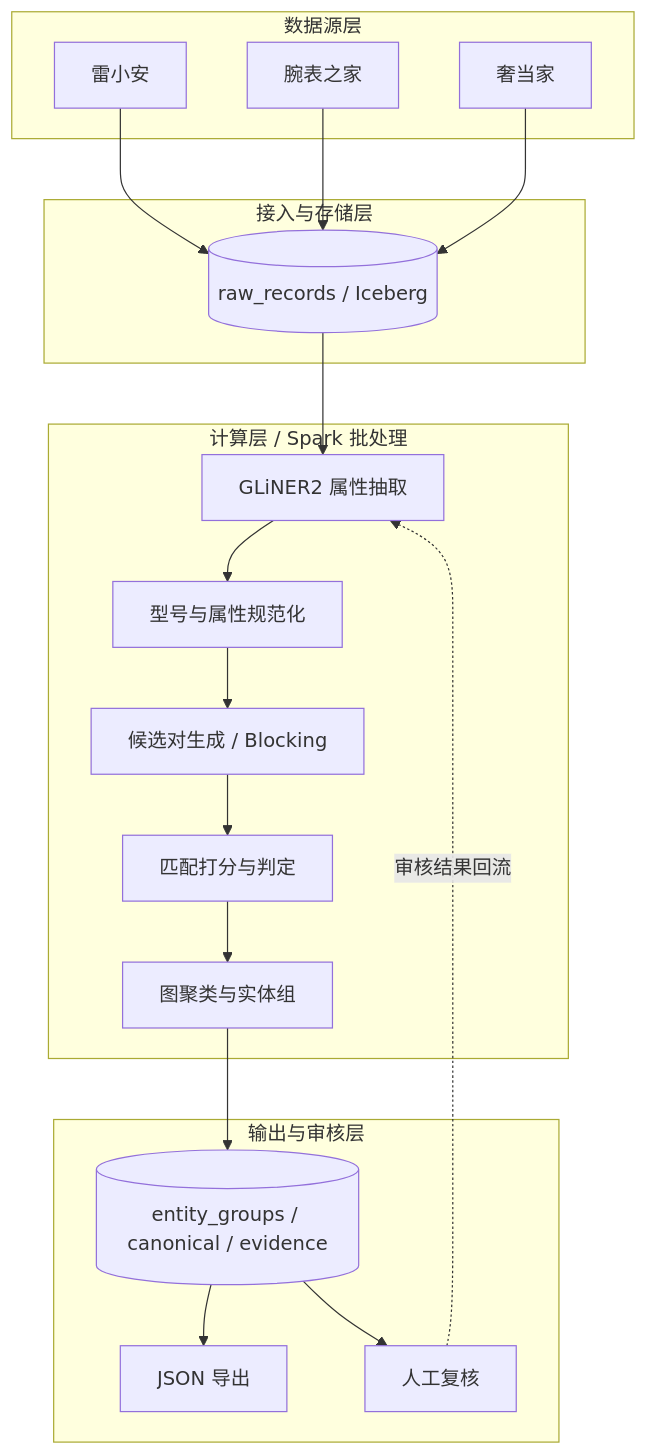
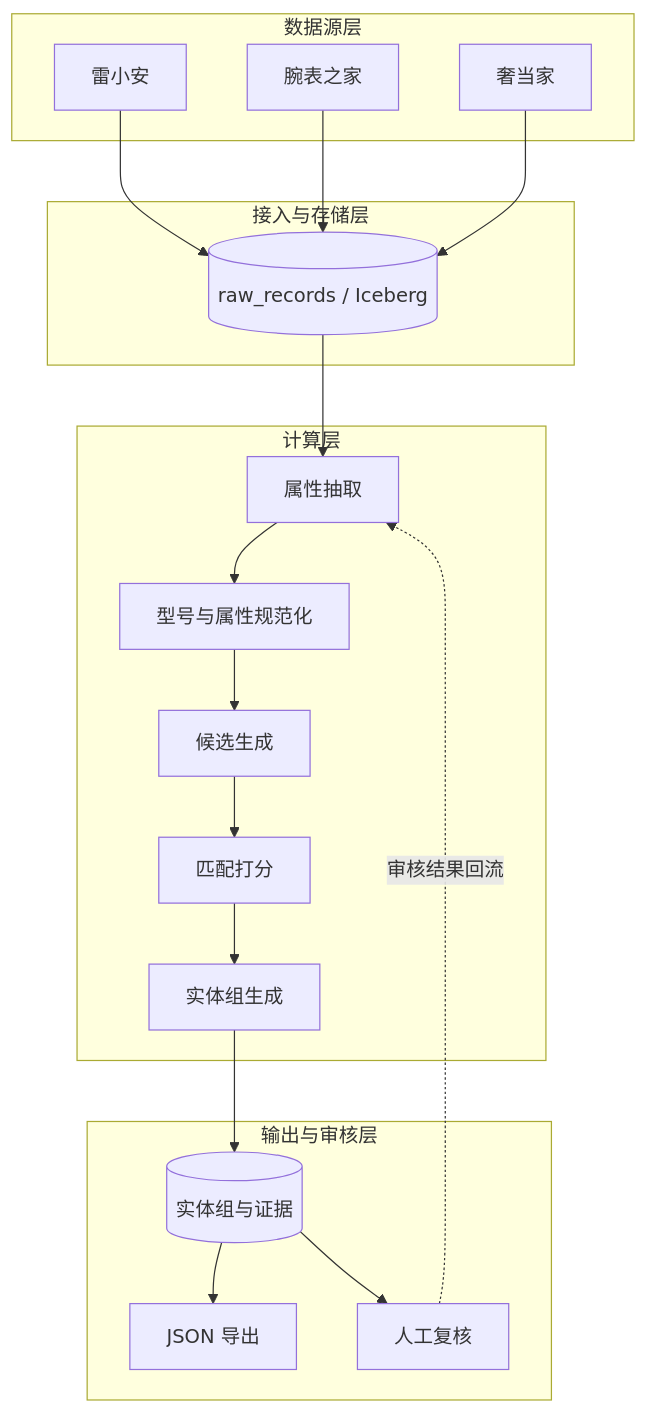
Before and after one commit to WorkerXu/my-doc: the first of 2 diagrams in 多来源商品数据合并系统设计.md, drawn with Mermaid. The commit also changed other lines of this file, not shown here.

````diff
--- a/多来源商品数据合并系统设计.md
+++ b/多来源商品数据合并系统设计.md
@@ -48,39 +79,34 @@
 ```mermaid
 flowchart TB
     subgraph SRC["数据源层"]
         A[雷小安]
         B[腕表之家]
         C[奢当家]
     end
 
     subgraph INGEST["接入与存储层"]
-        T1[(raw_records / Iceberg)]
+        R[(raw_records / Iceberg)]
     end
 
-    subgraph COMPUTE["计算层 / Spark 批处理"]
-        N1[GLiNER2 属性抽取]
-        N2[型号与属性规范化]
-        N3[候选对生成 / Blocking]
-        N4[匹配打分与判定]
-        N5[图聚类与实体组]
+    subgraph COMPUTE["计算层"]
+        E[属性抽取]
+        N[型号与属性规范化]
+        B1[候选生成]
+        M[匹配打分]
+        G[实体组生成]
     end
 
     subgraph OUTPUT["输出与审核层"]
-        O1[(entity_groups / canonical / evidence)]
-        O2[JSON 导出]
-        O3[人工复核]
+        O[(实体组与证据)]
+        J[JSON 导出]
+        H[人工复核]
     end
 
-    A --> T1
-    B --> T1
-    C --> T1
-    T1 --> N1
-    N1 --> N2
-    N2 --> N3
-    N3 --> N4
-    N4 --> N5
-    N5 --> O1
-    O1 --> O2
-    O1 --> O3
-    O3 -. 审核结果回流 .-> N1
+    A --> R
+    B --> R
+    C --> R
+    R --> E --> N --> B1 --> M --> G --> O
+    O --> J
+    O --> H
+    H -. 审核结果回流 .-> E
 ```
````
